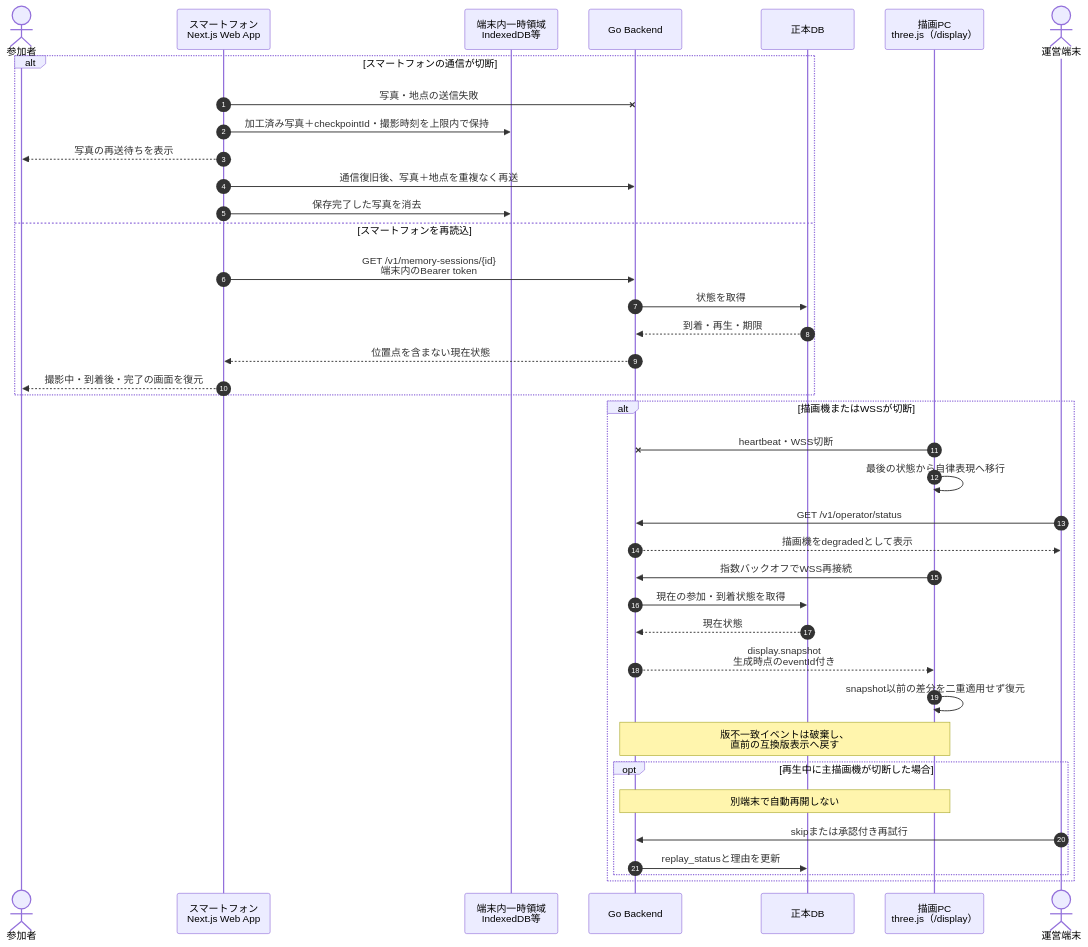
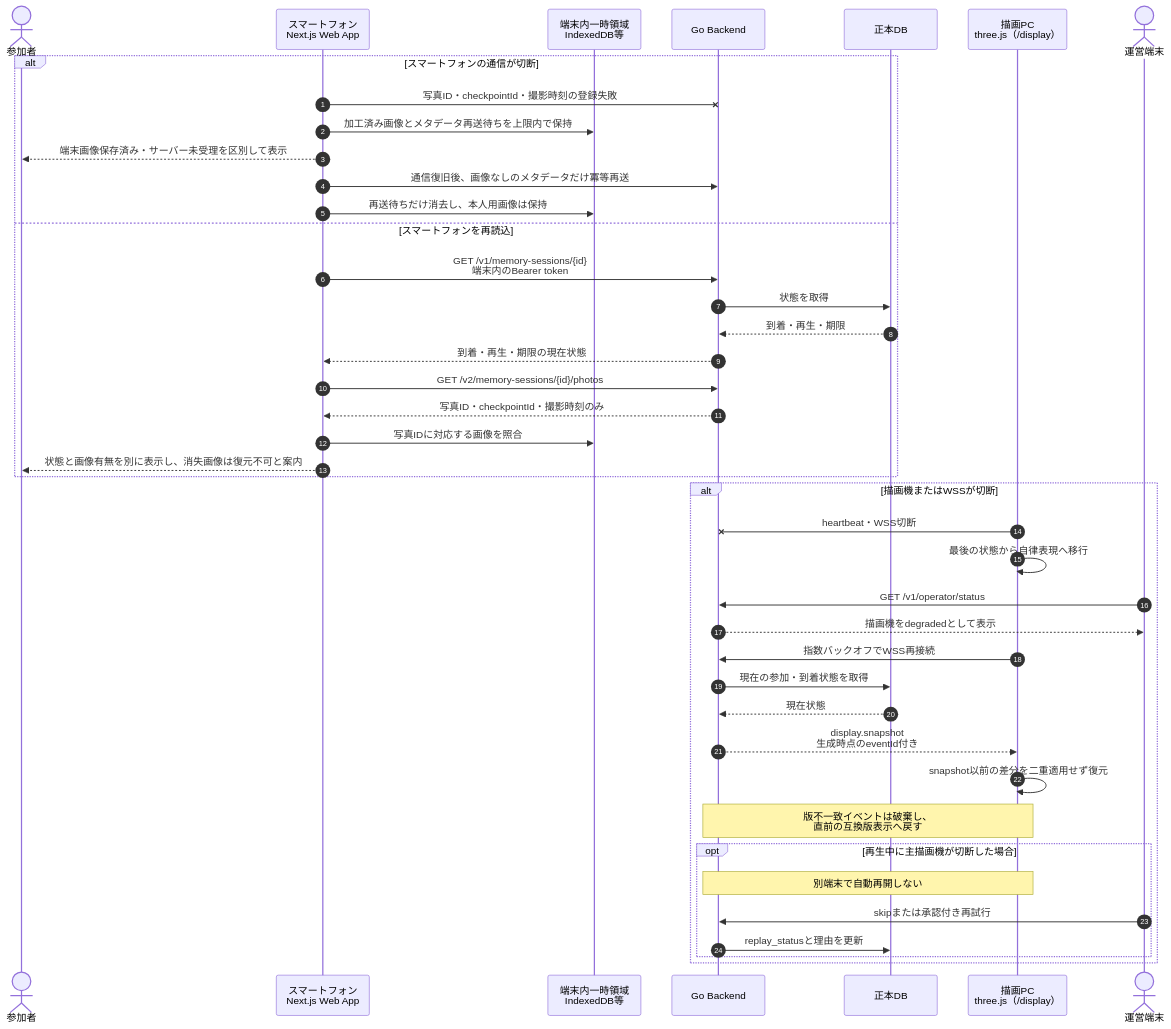
One commit to Mino829/trace-campus-installation changed the sixth of 6 diagrams in docs/uml-diagrams.md. Above: the diagram before and after it, drawn with Mermaid. The commit also changed other lines of this file and 17 other files, not shown here.

````diff
--- a/docs/uml-diagrams.md
+++ b/docs/uml-diagrams.md
@@ -345,43 +346,46 @@
 ```mermaid
 sequenceDiagram
     autonumber
     actor User as 参加者
     participant Browser as スマートフォン<br/>Next.js Web App
     participant Local as 端末内一時領域<br/>IndexedDB等
     participant API as Go Backend
     participant DB as 正本DB
     participant Renderer as 描画PC<br/>three.js（/display）
     actor Operator as 運営端末
 
     alt スマートフォンの通信が切断
-        Browser-xAPI: 写真・地点の送信失敗
-        Browser->>Local: 加工済み写真＋checkpointId・撮影時刻を上限内で保持
-        Browser-->>User: 写真の再送待ちを表示
-        Browser->>API: 通信復旧後、写真＋地点を重複なく再送
-        Browser->>Local: 保存完了した写真を消去
+        Browser-xAPI: 写真ID・checkpointId・撮影時刻の登録失敗
+        Browser->>Local: 加工済み画像とメタデータ再送待ちを上限内で保持
+        Browser-->>User: 端末画像保存済み・サーバー未受理を区別して表示
+        Browser->>API: 通信復旧後、画像なしのメタデータだけ冪等再送
+        Browser->>Local: 再送待ちだけ消去し、本人用画像は保持
     else スマートフォンを再読込
         Browser->>API: GET /v1/memory-sessions/{id}<br/>端末内のBearer token
         API->>DB: 状態を取得
         DB-->>API: 到着・再生・期限
-        API-->>Browser: 位置点を含まない現在状態
-        Browser-->>User: 撮影中・到着後・完了の画面を復元
+        API-->>Browser: 到着・再生・期限の現在状態
+        Browser->>API: GET /v2/memory-sessions/{id}/photos
+        API-->>Browser: 写真ID・checkpointId・撮影時刻のみ
+        Browser->>Local: 写真IDに対応する画像を照合
+        Browser-->>User: 状態と画像有無を別に表示し、消失画像は復元不可と案内
     end
 
     alt 描画機またはWSSが切断
         Renderer-xAPI: heartbeat・WSS切断
         Renderer->>Renderer: 最後の状態から自律表現へ移行
         Operator->>API: GET /v1/operator/status
         API-->>Operator: 描画機をdegradedとして表示
         Renderer->>API: 指数バックオフでWSS再接続
         API->>DB: 現在の参加・到着状態を取得
         DB-->>API: 現在状態
         API-->>Renderer: display.snapshot<br/>生成時点のeventId付き
         Renderer->>Renderer: snapshot以前の差分を二重適用せず復元
         Note over API,Renderer: 版不一致イベントは破棄し、<br/>直前の互換版表示へ戻す
         opt 再生中に主描画機が切断した場合
             Note over API,Renderer: 別端末で自動再開しない
             Operator->>API: skipまたは承認付き再試行
             API->>DB: replay_statusと理由を更新
         end
     end
 ```
````
